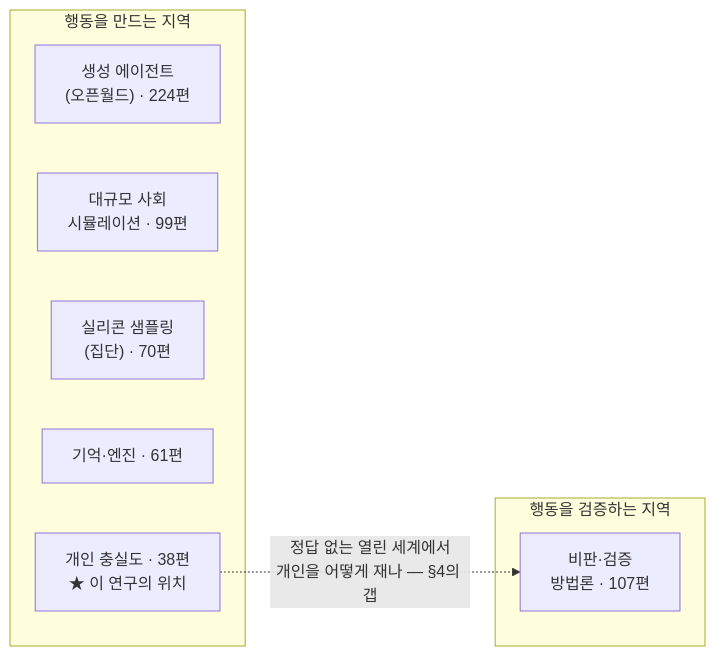
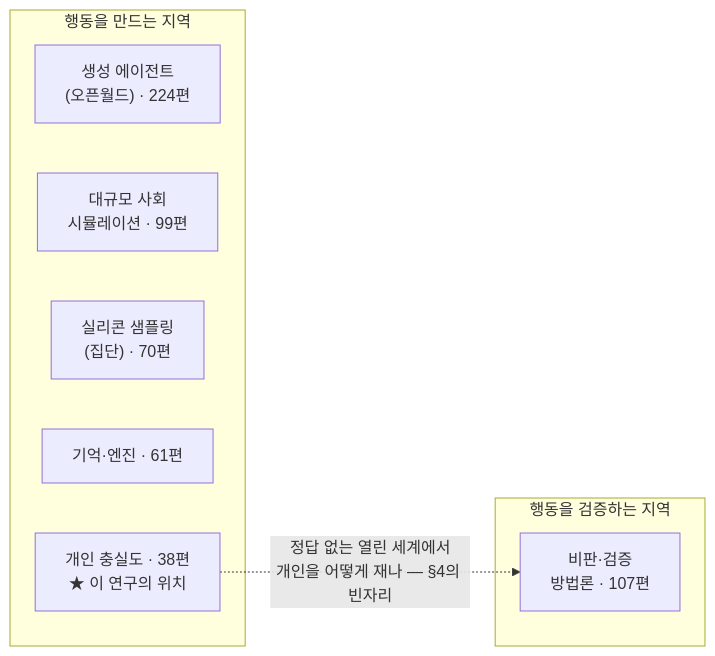
The diagram in field-map.qmd (qoal1201/synthetic-society-research), drawn with Mermaid before and after one commit. The commit also changed other lines of this file and 7 other files, not shown here.

````diff
--- a/field-map.qmd
+++ b/field-map.qmd
@@ -67,14 +67,14 @@
 ```{mermaid}
 flowchart LR
     subgraph MAKE["행동을 만드는 지역"]
         C["생성 에이전트<br/>(오픈월드) · 224편"]
         D["대규모 사회<br/>시뮬레이션 · 99편"]
         S["실리콘 샘플링<br/>(집단) · 70편"]
         E["기억·엔진 · 61편"]
         B["개인 충실도 · 38편<br/>★ 이 연구의 위치"]
     end
     subgraph JUDGE["행동을 검증하는 지역"]
         V["비판·검증<br/>방법론 · 107편"]
     end
-    B -. "정답 없는 열린 세계에서<br/>개인을 어떻게 재나 — §4의 갭" .-> V
+    B -. "정답 없는 열린 세계에서<br/>개인을 어떻게 재나 — §4의 빈자리" .-> V
 ```
````
